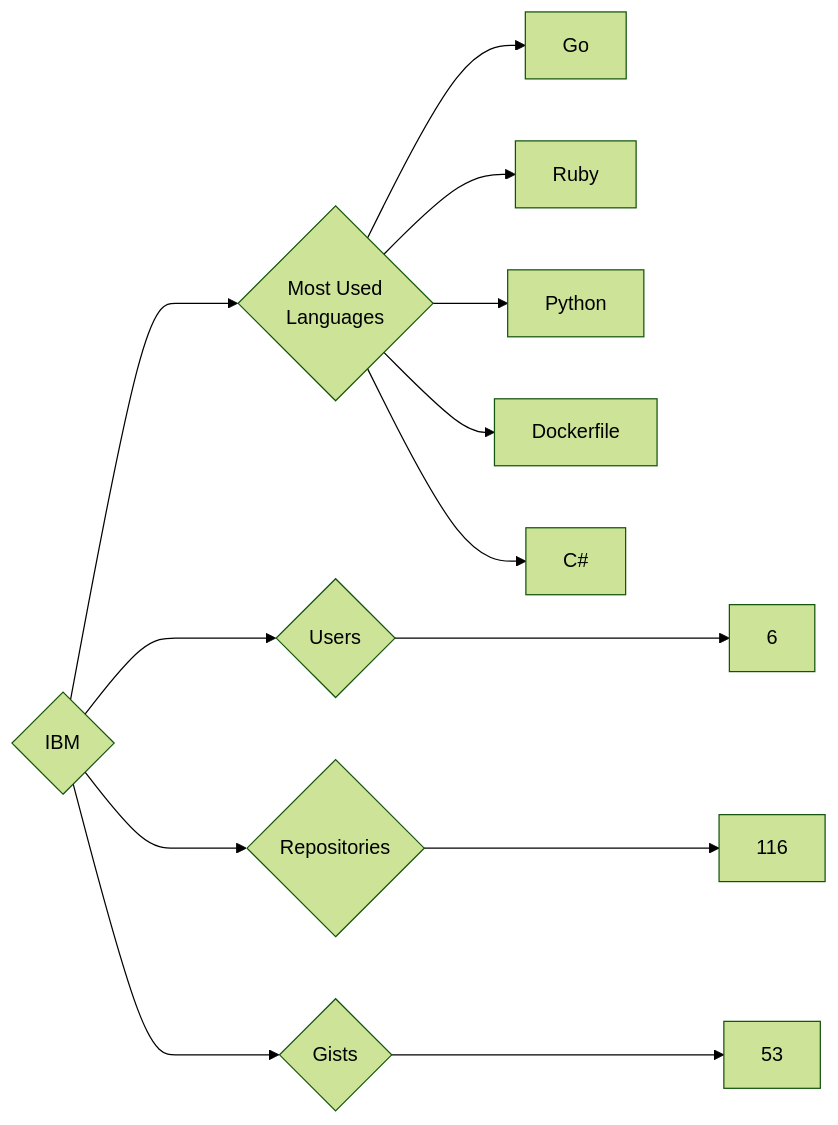
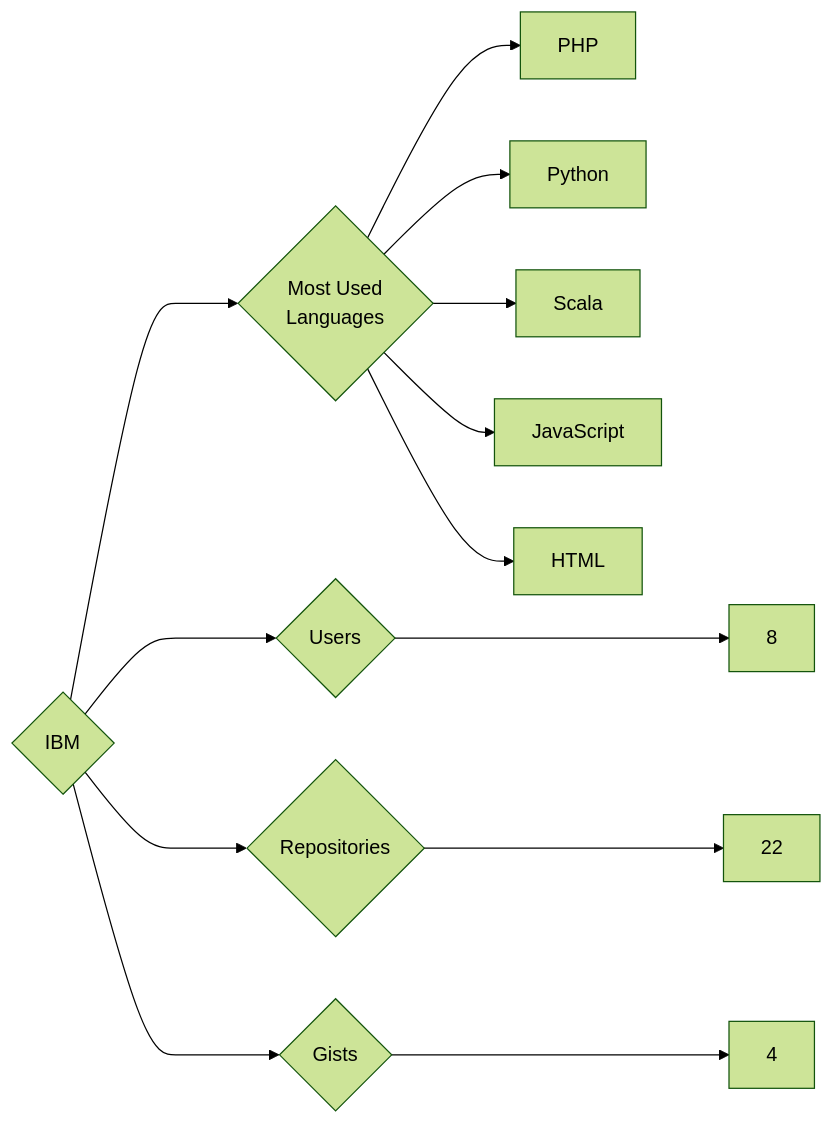
One commit to trickest/insiders changed the diagram in targets/IBM/README.md. Above: the diagram before and after it, drawn with Mermaid (forest theme). The commit also changed 1148 other files, not shown here.

````diff
--- a/targets/IBM/README.md
+++ b/targets/IBM/README.md
@@ -3,13 +3,13 @@
 ```mermaid
 graph LR
 COMPANY_NAME{IBM}
-COMPANY_NAME ---> U{Users} ---> UN[6]
-COMPANY_NAME ---> R{Repositories} ---> RN[116]
-COMPANY_NAME ---> G{Gists} ---> GN[53]
+COMPANY_NAME ---> U{Users} ---> UN[8]
+COMPANY_NAME ---> R{Repositories} ---> RN[22]
+COMPANY_NAME ---> G{Gists} ---> GN[4]
 COMPANY_NAME ---> ML{Most Used<br>Languages}
-ML --> Go[Go]
-ML --> Ruby[Ruby]
+ML --> PHP[PHP]
 ML --> Python[Python]
-ML --> Dockerfile[Dockerfile]
-ML --> C#[C#]
+ML --> Scala[Scala]
+ML --> JavaScript[JavaScript]
+ML --> HTML[HTML]
 ```
````
